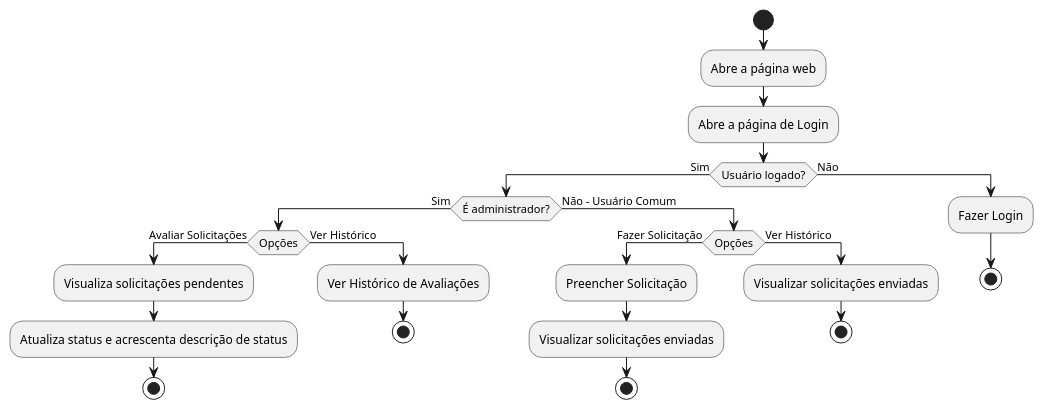
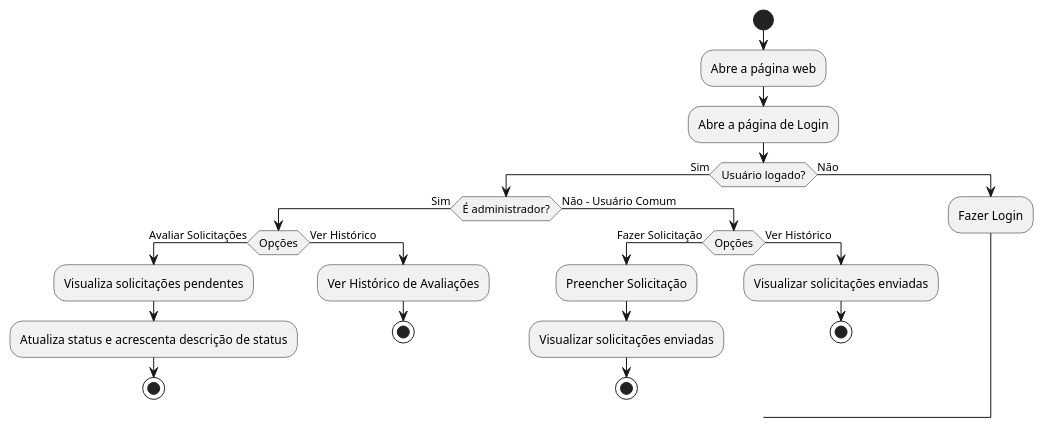
Before and after one commit to RenataArdito/Alerta-ADS: the diagram in ActivityDiagram.md, drawn with PlantUML.

````diff
--- a/ActivityDiagram.md
+++ b/ActivityDiagram.md
@@ -1,35 +1,35 @@
 ```plantuml
 @startuml
 
 start
 
 :Abre a página web;
 :Abre a página de Login;
 
 if (Usuário logado?) then (Sim)
     if (É administrador?) then (Sim)
         if (Opções) then (Avaliar Solicitações)
             :Visualiza solicitações pendentes;
             :Atualiza status e acrescenta descrição de status;
             stop
         else (Ver Histórico)
             :Ver Histórico de Avaliações;
             stop
         endif
     else (Não - Usuário Comum)
         if (Opções) then (Fazer Solicitação)
             :Preencher Solicitação;
             :Visualizar solicitações enviadas;
             stop
         else (Ver Histórico)
             :Visualizar solicitações enviadas;
             stop
         endif
     endif
 else (Não)
     :Fazer Login;
-    stop
+    -> (Usuário logado?);
 endif
+@enduml
 
-@enduml
 ```
````
